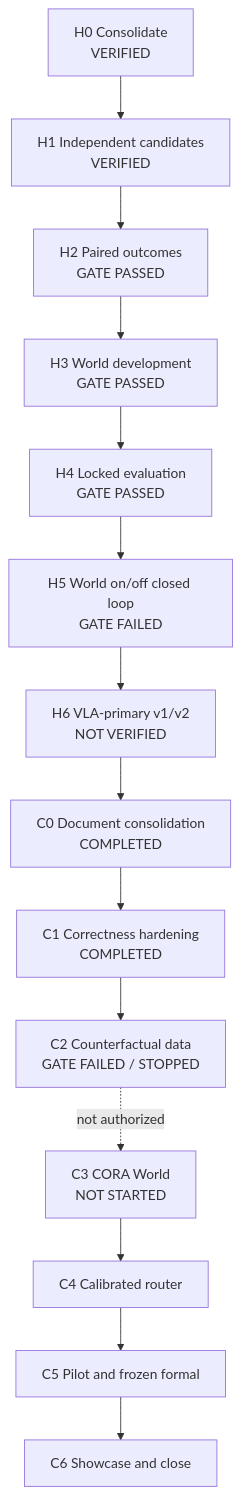
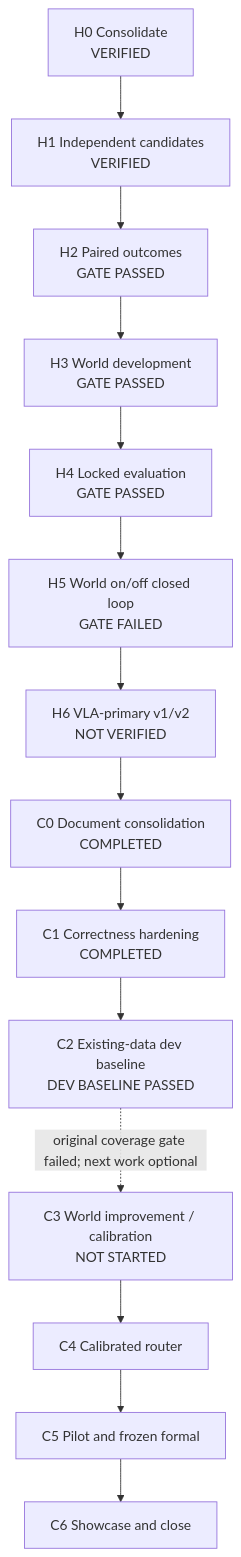
The diagram in ROADMAP.md (BaiYeGX/safedrive-foundry), drawn with Mermaid before and after one commit. The commit also changed other lines of this file and 12 other files, not shown here.

Commit message:
feat: close C2 with existing-data World baseline

````diff
--- a/ROADMAP.md
+++ b/ROADMAP.md
@@ -8,16 +8,16 @@
 ```mermaid
 flowchart TD
     H0["H0 Consolidate<br/>VERIFIED"] --> H1["H1 Independent candidates<br/>VERIFIED"]
     H1 --> H2["H2 Paired outcomes<br/>GATE PASSED"]
     H2 --> H3["H3 World development<br/>GATE PASSED"]
     H3 --> H4["H4 Locked evaluation<br/>GATE PASSED"]
     H4 --> H5["H5 World on/off closed loop<br/>GATE FAILED"]
     H5 --> H6["H6 VLA-primary v1/v2<br/>NOT VERIFIED"]
     H6 --> C0["C0 Document consolidation<br/>COMPLETED"]
     C0 --> C1["C1 Correctness hardening<br/>COMPLETED"]
-    C1 --> C2["C2 Counterfactual data<br/>GATE FAILED / STOPPED"]
-    C2 -. "not authorized" .-> C3["C3 CORA World<br/>NOT STARTED"]
+    C1 --> C2["C2 Existing-data dev baseline<br/>DEV BASELINE PASSED"]
+    C2 -. "original coverage gate failed; next work optional" .-> C3["C3 World improvement / calibration<br/>NOT STARTED"]
     C3 --> C4["C4 Calibrated router"]
     C4 --> C5["C5 Pilot and frozen formal"]
     C5 --> C6["C6 Showcase and close"]
 ```
````
